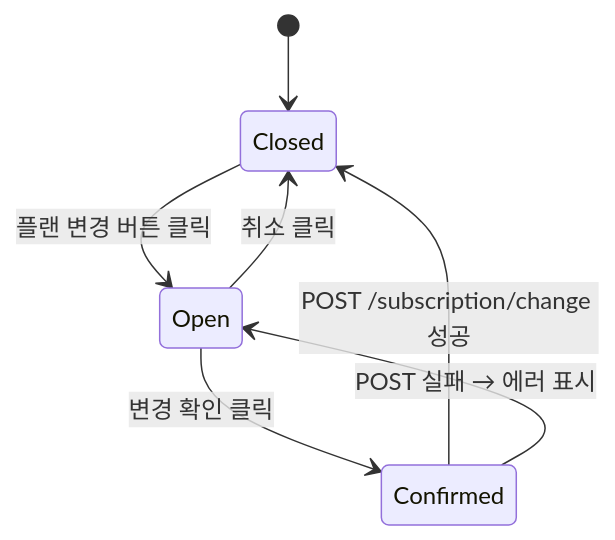
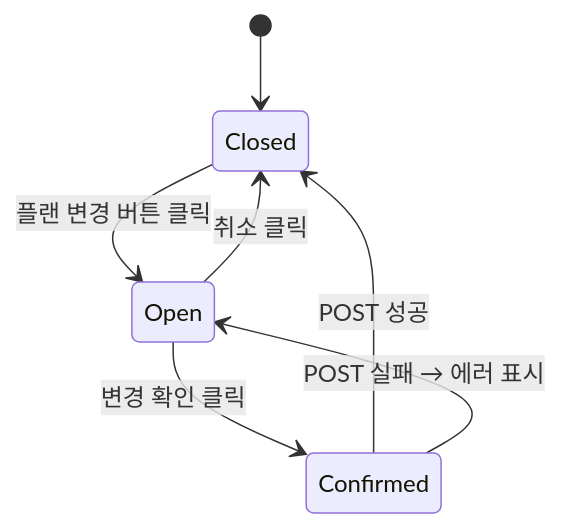
Before and after one commit to dev-spogym/admin-pando: the diagram in docs/다이어그램/D09_설정관리/DLG/DLG-084-001_플랜변경확인/M1_생명주기.md, drawn with Mermaid. The commit also changed other lines of this file and 1660 other files, not shown here.

First line of the commit message:
다이어그램: 기획자/클라이언트 납품본으로 정리

````diff
--- a/docs/다이어그램/D09_설정관리/DLG/DLG-084-001_플랜변경확인/M1_생명주기.md
+++ b/docs/다이어그램/D09_설정관리/DLG/DLG-084-001_플랜변경확인/M1_생명주기.md
@@ -14,9 +12,9 @@
 ```mermaid
 stateDiagram-v2
     [*] --> Closed
     Closed --> Open: 플랜 변경 버튼 클릭
     Open --> Confirmed: 변경 확인 클릭
     Open --> Closed: 취소 클릭
-    Confirmed --> Closed: POST /subscription/change 성공
+    Confirmed --> Closed: POST 성공
     Confirmed --> Open: POST 실패 → 에러 표시
 ```
````
